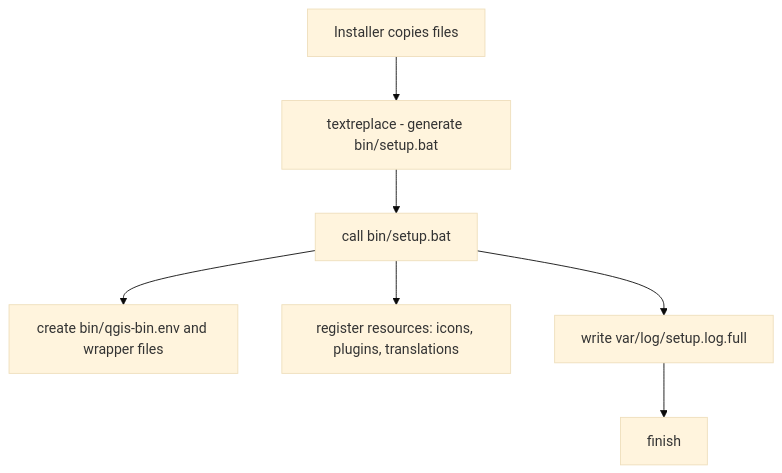
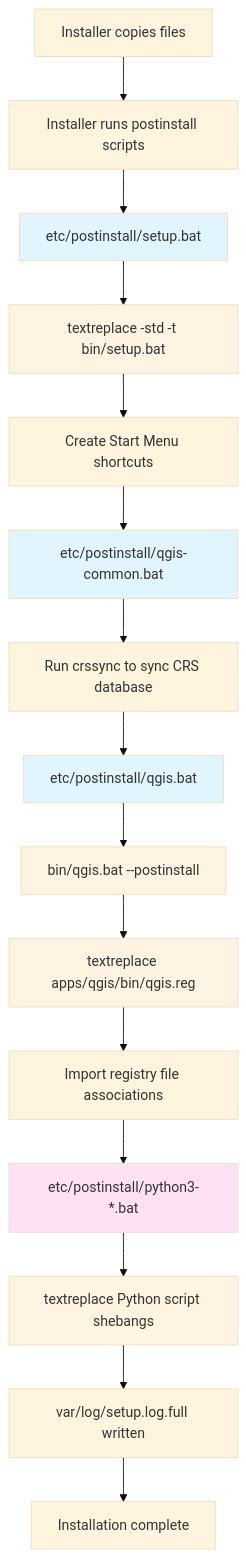
The first of 6 diagrams in POSTINSTALL.md (johnzastrow/QGIS), drawn with Mermaid (base theme) before and after one commit. The commit also changed other lines of this file and 2 other files, not shown here.

````diff
--- a/POSTINSTALL.md
+++ b/POSTINSTALL.md
@@ -23,9 +35,26 @@
 ```mermaid
 flowchart TD
-  A[Installer copies files] --> B[textreplace - generate bin/setup.bat]
-  B --> C[call bin/setup.bat]
-  C --> D[create bin/qgis-bin.env and wrapper files]
-  C --> E[register resources: icons, plugins, translations]
-  C --> F[write var/log/setup.log.full]
-  F --> G[finish]
+  A[Installer copies files] --> B[Installer runs postinstall scripts]
+  B --> C[etc/postinstall/setup.bat]
+  C --> D[textreplace -std -t bin/setup.bat]
+  D --> E[Create Start Menu shortcuts]
+  E --> F[etc/postinstall/qgis-common.bat]
+  F --> G[Run crssync to sync CRS database]
+  G --> H[etc/postinstall/qgis.bat]
+  H --> I[bin/qgis.bat --postinstall]
+  I --> J[textreplace apps/qgis/bin/qgis.reg]
+  J --> K[Import registry file associations]
+  K --> L[etc/postinstall/python3-*.bat]
+  L --> M[textreplace Python script shebangs]
+  M --> N[var/log/setup.log.full written]
+  N --> O[Installation complete]
+
+  style C fill:#e1f5ff
+  style F fill:#e1f5ff
+  style H fill:#e1f5ff
+  style L fill:#ffe1f5
+  style D fill:#fff4e1
+  style I fill:#fff4e1
+  style J fill:#fff4e1
+  style M fill:#fff4e1
 ```
````
